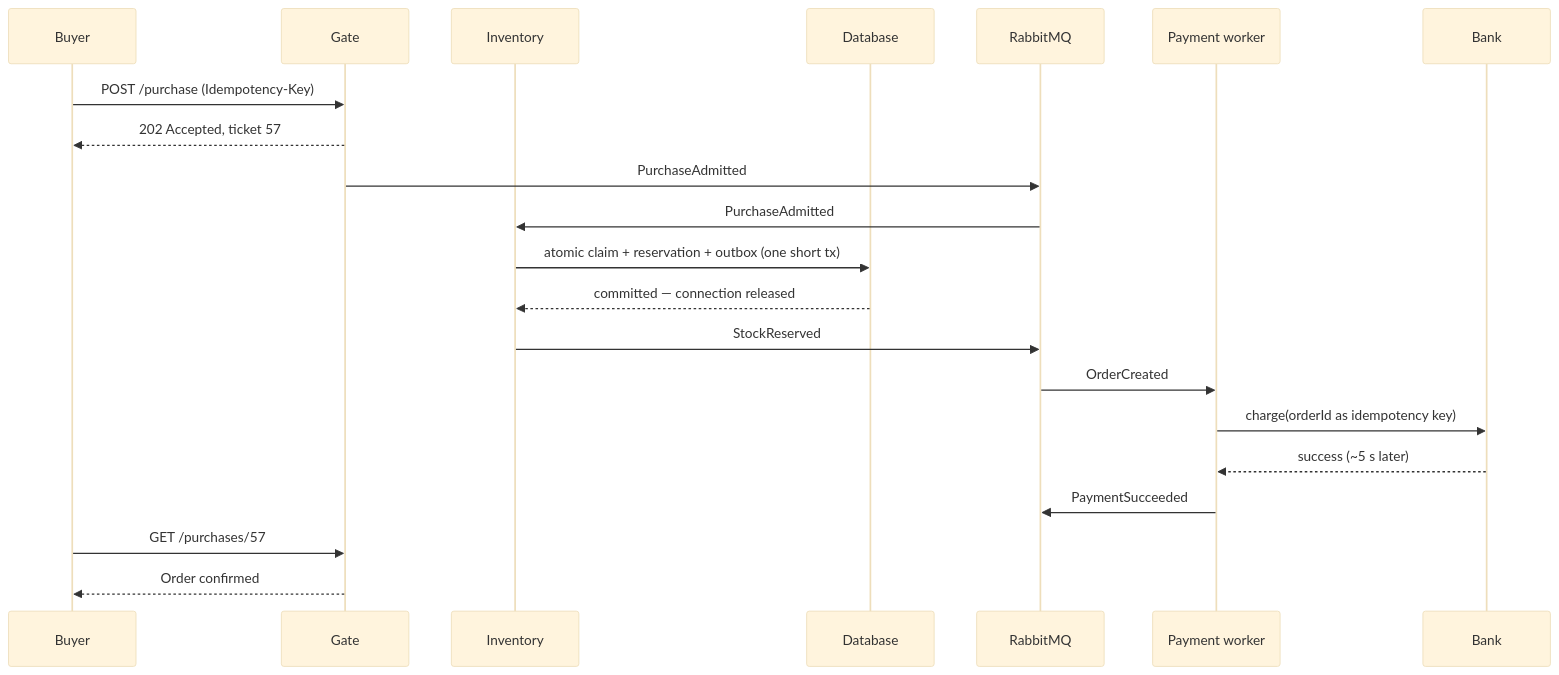
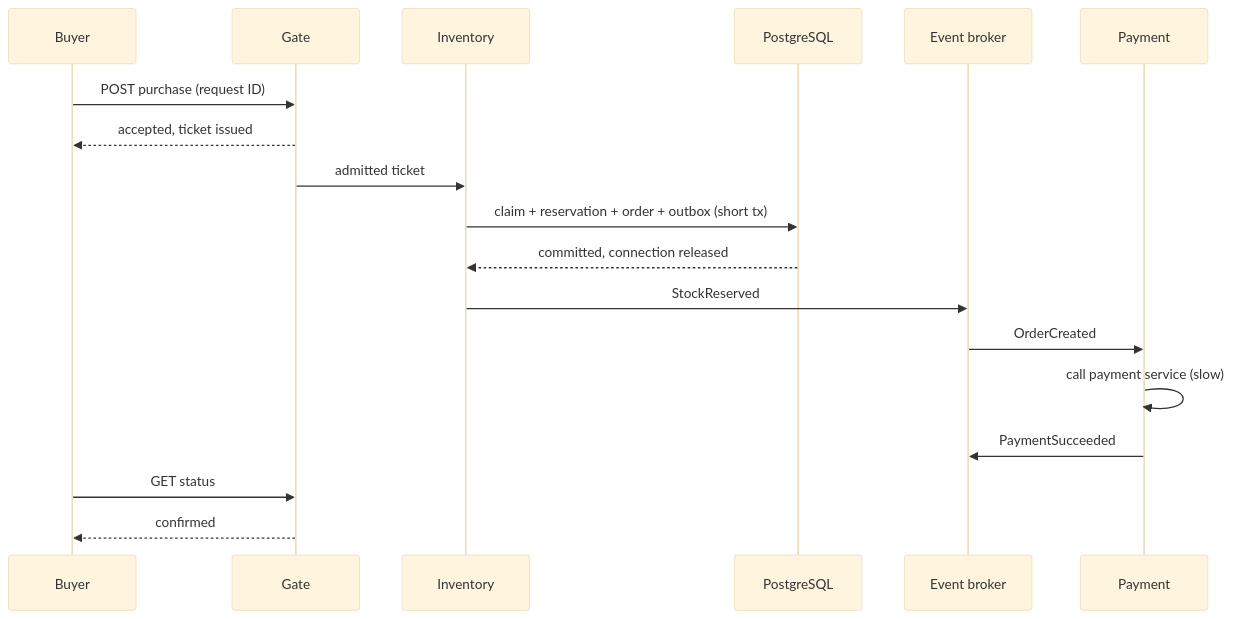
Before and after one commit to Iffrah992/Advanced-software-architecture-patterns: the fifth of 9 diagrams in architecture-patterns.md, drawn with Mermaid (base theme). The commit also changed other lines of this file, not shown here.

````diff
--- a/architecture-patterns.md
+++ b/architecture-patterns.md
@@ -186,23 +181,20 @@
 ```mermaid
 sequenceDiagram
     participant B as Buyer
     participant G as Gate
     participant I as Inventory
-    participant DB as Database
-    participant MQ as RabbitMQ
-    participant P as Payment worker
-    participant Bank
-    B->>G: POST /purchase (Idempotency-Key)
-    G-->>B: 202 Accepted, ticket 57
-    G->>MQ: PurchaseAdmitted
-    MQ->>I: PurchaseAdmitted
-    I->>DB: atomic claim + reservation + outbox (one short tx)
-    DB-->>I: committed — connection released
-    I->>MQ: StockReserved
-    MQ->>P: OrderCreated
-    P->>Bank: charge(orderId as idempotency key)
-    Bank-->>P: success (~5 s later)
-    P->>MQ: PaymentSucceeded
-    B->>G: GET /purchases/57
-    G-->>B: Order confirmed
+    participant DB as PostgreSQL
+    participant E as Event broker
+    participant P as Payment
+    B->>G: POST purchase (request ID)
+    G-->>B: accepted, ticket issued
+    G->>I: admitted ticket
+    I->>DB: claim + reservation + order + outbox (short tx)
+    DB-->>I: committed, connection released
+    I->>E: StockReserved
+    E->>P: OrderCreated
+    P->>P: call payment service (slow)
+    P->>E: PaymentSucceeded
+    B->>G: GET status
+    G-->>B: confirmed
 ```
````
